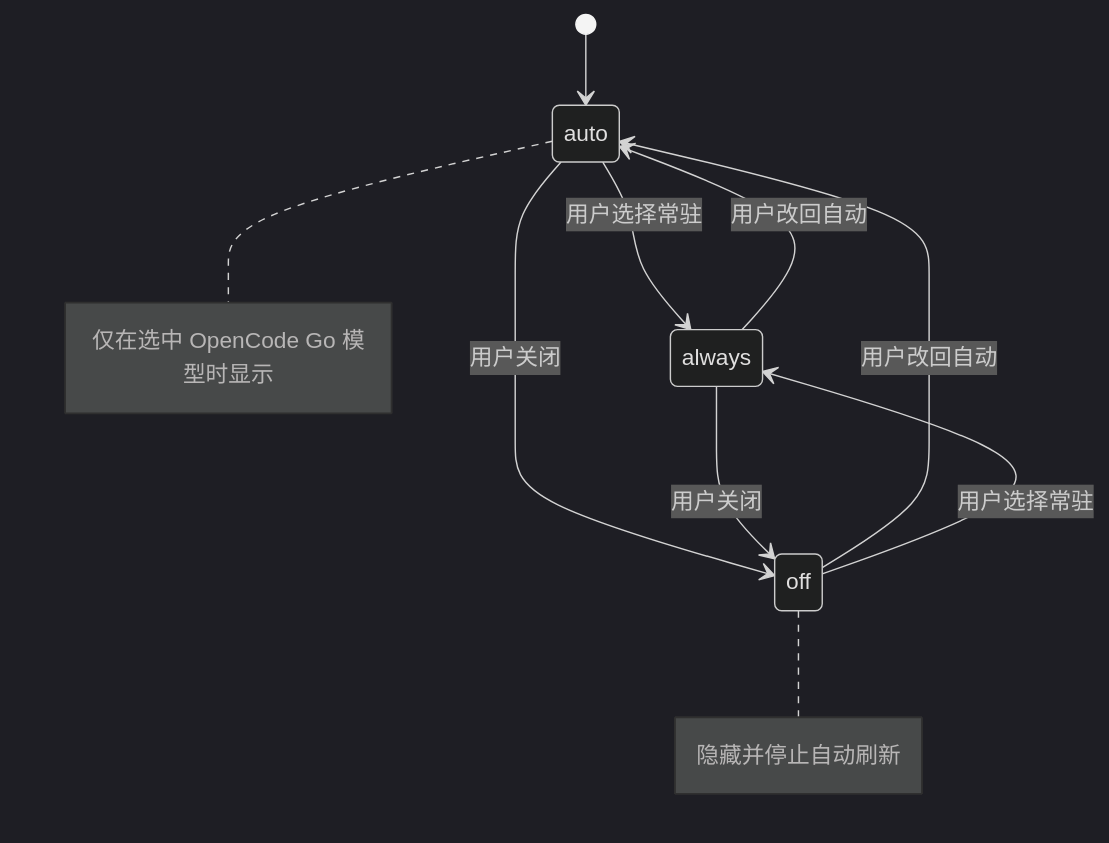
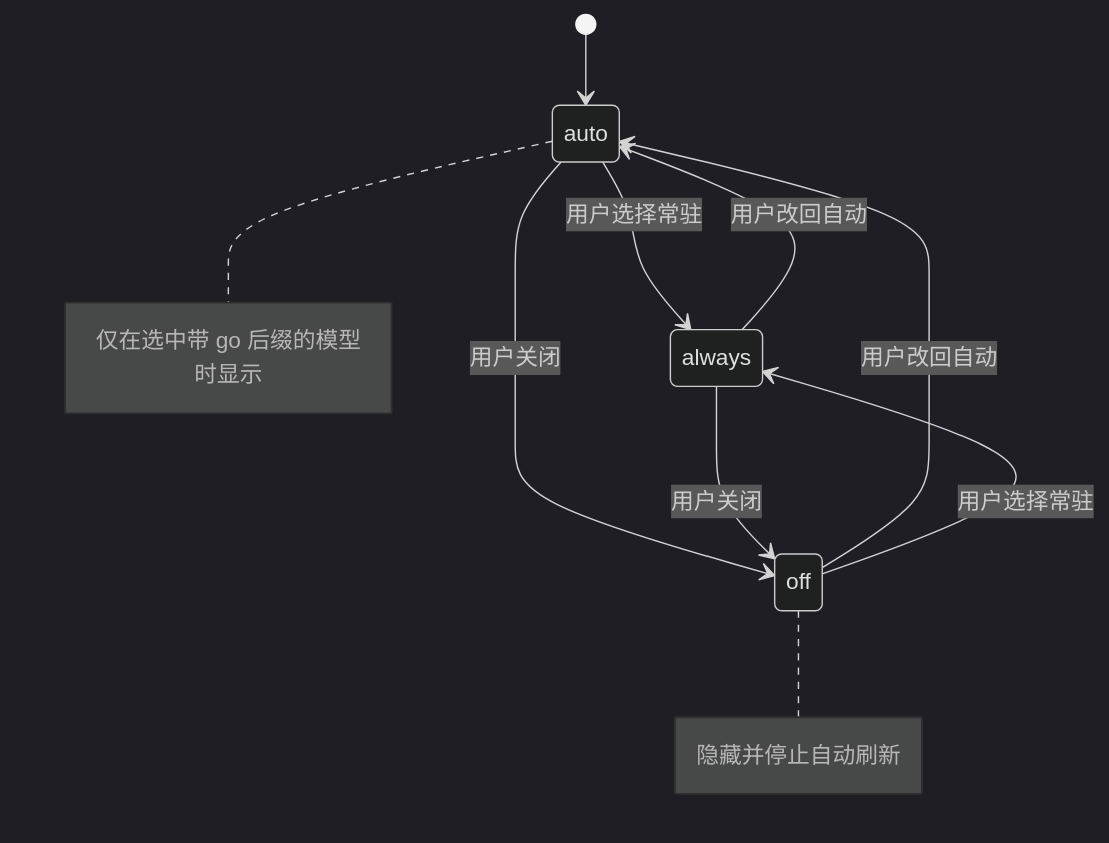
One commit to FNOSP/fnos-dsh changed the fifth of 5 diagrams in docs/plans/PLAN-FNOS-026-dsh-opencode-plugin.md. Above: the diagram before and after it, drawn with Mermaid (dark theme). The commit also changed other lines of this file and 24 other files, not shown here.

````diff
--- a/docs/plans/PLAN-FNOS-026-dsh-opencode-plugin.md
+++ b/docs/plans/PLAN-FNOS-026-dsh-opencode-plugin.md
@@ -264,12 +263,12 @@
 ```mermaid
 stateDiagram-v2
   [*] --> auto
   auto --> always: 用户选择常驻
   always --> auto: 用户改回自动
   auto --> off: 用户关闭
   off --> auto: 用户改回自动
   always --> off: 用户关闭
   off --> always: 用户选择常驻
-  note right of auto: 仅在选中 OpenCode Go 模型时显示
+  note right of auto: 仅在选中带 go 后缀的模型时显示
   note right of off: 隐藏并停止自动刷新
 ```
````
